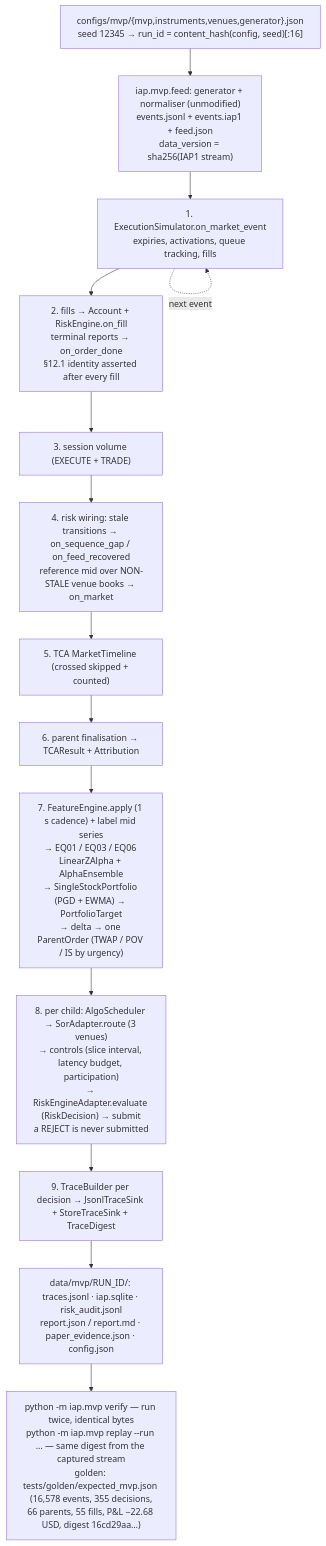
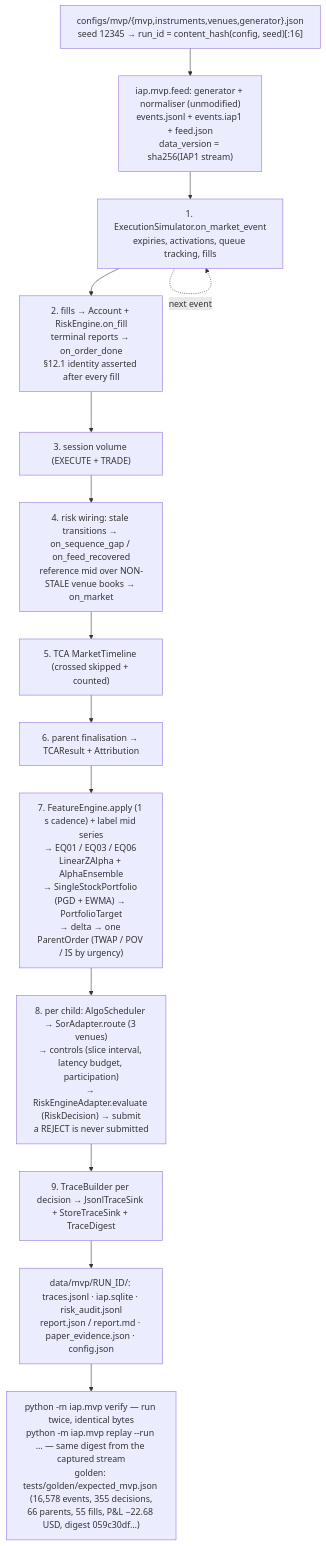
One commit to AshJha0/intraday-alpha-platform changed the diagram in docs/diagrams/mvp_loop.mmd. Above: the diagram before and after it, drawn with Mermaid. The commit also changed 49 other files, not shown here.

```diff
--- a/docs/diagrams/mvp_loop.mmd
+++ b/docs/diagrams/mvp_loop.mmd
@@ -1,15 +1,15 @@
 flowchart TD
     %% python -m iap.mvp run — docs/MVP.md §3; per-event order of MvpEngine.on_event.
     CFG["configs/mvp/{mvp,instruments,venues,generator}.json<br/>seed 12345 → run_id = content_hash(config, seed)[:16]"] --> FEED["iap.mvp.feed: generator + normaliser (unmodified)<br/>events.jsonl + events.iap1 + feed.json<br/>data_version = sha256(IAP1 stream)"]
     FEED --> SIM["1. ExecutionSimulator.on_market_event<br/>expiries, activations, queue tracking, fills"]
     SIM --> ACC["2. fills → Account + RiskEngine.on_fill<br/>terminal reports → on_order_done<br/>§12.1 identity asserted after every fill"]
     ACC --> VOL["3. session volume (EXECUTE + TRADE)"]
     VOL --> MARK["4. risk wiring: stale transitions → on_sequence_gap / on_feed_recovered<br/>reference mid over NON-STALE venue books → on_market"]
     MARK --> TL["5. TCA MarketTimeline (crossed skipped + counted)"]
     TL --> FIN["6. parent finalisation → TCAResult + Attribution"]
     FIN --> FEAT["7. FeatureEngine.apply (1 s cadence) + label mid series<br/>→ EQ01 / EQ03 / EQ06 LinearZAlpha + AlphaEnsemble<br/>→ SingleStockPortfolio (PGD + EWMA) → PortfolioTarget<br/>→ delta → one ParentOrder (TWAP / POV / IS by urgency)"]
     FEAT --> CHILD["8. per child: AlgoScheduler → SorAdapter.route (3 venues)<br/>→ controls (slice interval, latency budget, participation)<br/>→ RiskEngineAdapter.evaluate (RiskDecision) → submit<br/>a REJECT is never submitted"]
     CHILD --> TRACE["9. TraceBuilder per decision → JsonlTraceSink + StoreTraceSink + TraceDigest"]
     TRACE --> OUT["data/mvp/RUN_ID/: traces.jsonl · iap.sqlite · risk_audit.jsonl<br/>report.json / report.md · paper_evidence.json · config.json"]
-    OUT --> VERIFY["python -m iap.mvp verify — run twice, identical bytes<br/>python -m iap.mvp replay --run … — same digest from the captured stream<br/>golden: tests/golden/expected_mvp.json (16,578 events, 355 decisions,<br/>66 parents, 55 fills, P&L −22.68 USD, digest 16cd29aa…)"]
+    OUT --> VERIFY["python -m iap.mvp verify — run twice, identical bytes<br/>python -m iap.mvp replay --run … — same digest from the captured stream<br/>golden: tests/golden/expected_mvp.json (16,578 events, 355 decisions,<br/>66 parents, 55 fills, P&L −22.68 USD, digest 059c30df…)"]
     SIM -. "next event" .-> SIM
```
